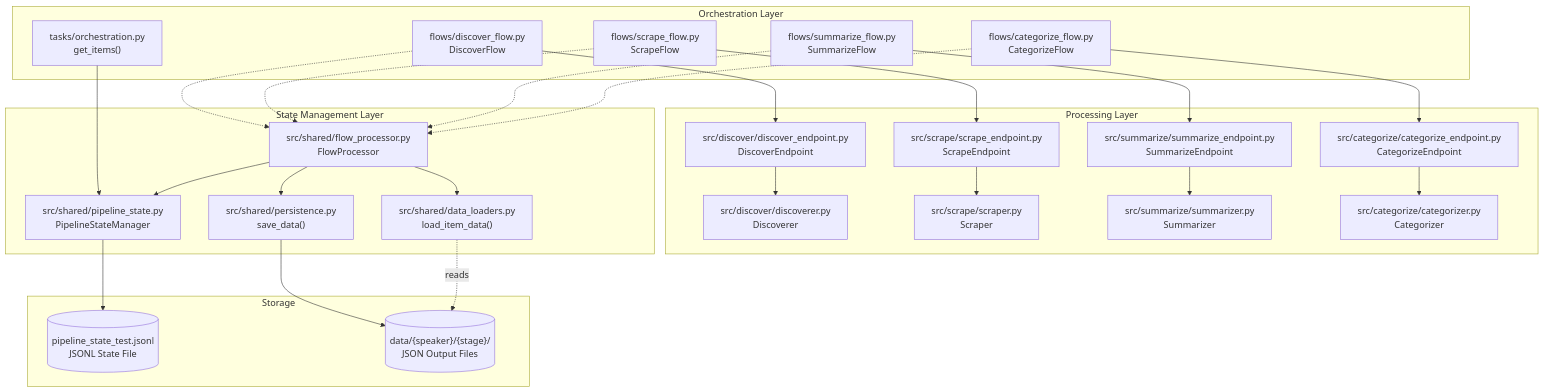
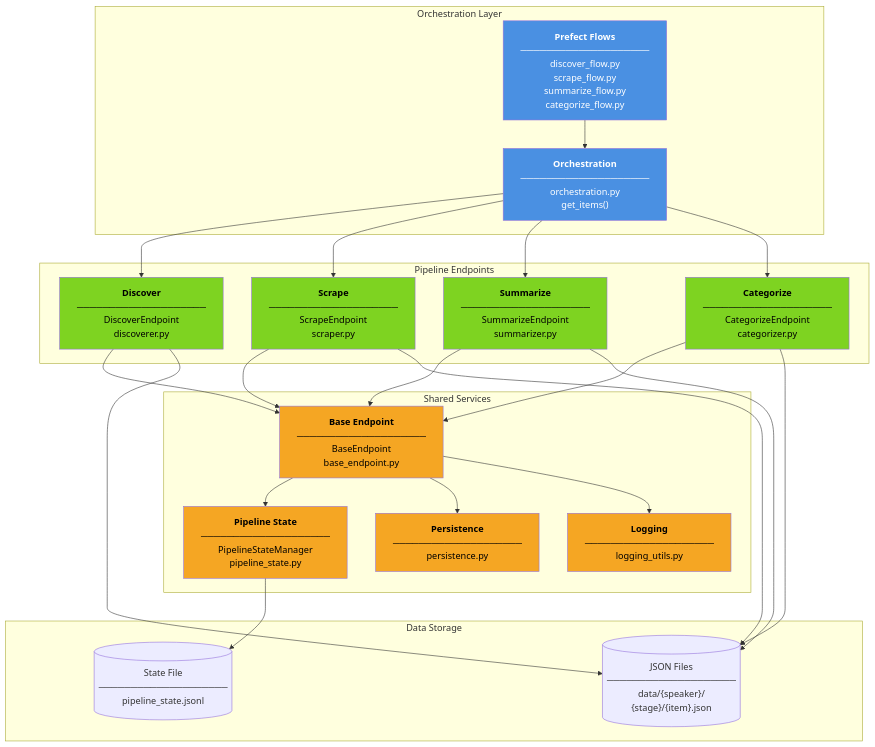
Before and after one commit to dmitriyratu/DiscourseKG: the first of 4 diagrams in documentation/architecture.md, drawn with Mermaid. The commit also changed other lines of this file and 44 other files, not shown here.

First line of the commit message:
feat: enhance DiscourseKG with new graph processing stage and dependencies

````diff
--- a/documentation/architecture.md
+++ b/documentation/architecture.md
@@ -15,58 +13,59 @@
 ```mermaid
 graph TB
     subgraph "Orchestration Layer"
-        DF["flows/discover_flow.py<br/>DiscoverFlow"]
-        SF["flows/scrape_flow.py<br/>ScrapeFlow"]
-        SMF["flows/summarize_flow.py<br/>SummarizeFlow"]
-        CF["flows/categorize_flow.py<br/>CategorizeFlow"]
-        ORCH["tasks/orchestration.py<br/>get_items()"]
+        PF["<b>Prefect Flows</b><br/>────────────────────<br/>discover_flow.py<br/>scrape_flow.py<br/>summarize_flow.py<br/>categorize_flow.py"]
+        ORCH["<b>Orchestration</b><br/>────────────────────<br/>orchestration.py<br/>get_items()"]
     end
     
-    subgraph "Processing Layer"
-        DE["src/discover/discover_endpoint.py<br/>DiscoverEndpoint"]
-        SE["src/scrape/scrape_endpoint.py<br/>ScrapeEndpoint"]
-        SME["src/summarize/summarize_endpoint.py<br/>SummarizeEndpoint"]
-        CE["src/categorize/categorize_endpoint.py<br/>CategorizeEndpoint"]
-        
-        DP["src/discover/discoverer.py<br/>Discoverer"]
-        SP["src/scrape/scraper.py<br/>Scraper"]
-        SMP["src/summarize/summarizer.py<br/>Summarizer"]
-        CP["src/categorize/categorizer.py<br/>Categorizer"]
+    subgraph "Pipeline Endpoints"
+        DISC["<b>Discover</b><br/>────────────────────<br/>DiscoverEndpoint<br/>discoverer.py"]
+        SCRP["<b>Scrape</b><br/>────────────────────<br/>ScrapeEndpoint<br/>scraper.py"]
+        SUMM["<b>Summarize</b><br/>────────────────────<br/>SummarizeEndpoint<br/>summarizer.py"]
+        CATG["<b>Categorize</b><br/>────────────────────<br/>CategorizeEndpoint<br/>categorizer.py"]
     end
     
-    subgraph "State Management Layer"
-        PSM["src/shared/pipeline_state.py<br/>PipelineStateManager"]
-        PERS["src/shared/persistence.py<br/>save_data()"]
-        FP["src/shared/flow_processor.py<br/>FlowProcessor"]
-        DL["src/shared/data_loaders.py<br/>load_item_data()"]
+    subgraph "Shared Services"
+        STATE["<b>Pipeline State</b><br/>────────────────────<br/>PipelineStateManager<br/>pipeline_state.py"]
+        PERS["<b>Persistence</b><br/>────────────────────<br/>persistence.py"]
+        BASE["<b>Base Endpoint</b><br/>────────────────────<br/>BaseEndpoint<br/>base_endpoint.py"]
+        LOG["<b>Logging</b><br/>────────────────────<br/>logging_utils.py"]
     end
     
-    subgraph "Storage"
-        STATE[("pipeline_state_test.jsonl<br/>JSONL State File")]
-        DATA[("data/{speaker}/{stage}/<br/>JSON Output Files")]
+    subgraph "Data Storage"
+        FILES[("JSON Files<br/>────────────────────<br/>data/{speaker}/<br/>{stage}/{item}.json")]
+        STFILE[("State File<br/>────────────────────<br/>pipeline_state.jsonl")]
     end
     
-    DF --> DE
-    SF --> SE
-    SMF --> SME
-    CF --> CE
+    PF --> ORCH
+    ORCH --> DISC
+    ORCH --> SCRP
+    ORCH --> SUMM
+    ORCH --> CATG
     
-    DE --> DP
-    SE --> SP
-    SME --> SMP
-    CE --> CP
+    DISC --> BASE
+    SCRP --> BASE
+    SUMM --> BASE
+    CATG --> BASE
     
-    DF -.-> FP
-    SF -.-> FP
-    SMF -.-> FP
-    CF -.-> FP
+    BASE --> STATE
+    BASE --> PERS
+    BASE --> LOG
     
-    ORCH --> PSM
-    FP --> PSM
-    FP --> PERS
-    FP --> DL
+    DISC --> FILES
+    SCRP --> FILES
+    SUMM --> FILES
+    CATG --> FILES
     
-    PSM --> STATE
-    PERS --> DATA
-    DL -.reads.-> DATA
+    STATE --> STFILE
+    
+    style PF fill:#4A90E2,color:#fff
+    style ORCH fill:#4A90E2,color:#fff
+    style DISC fill:#7ED321,color:#000
+    style SCRP fill:#7ED321,color:#000
+    style SUMM fill:#7ED321,color:#000
+    style CATG fill:#7ED321,color:#000
+    style STATE fill:#F5A623,color:#000
+    style PERS fill:#F5A623,color:#000
+    style BASE fill:#F5A623,color:#000
+    style LOG fill:#F5A623,color:#000
 ```
````
